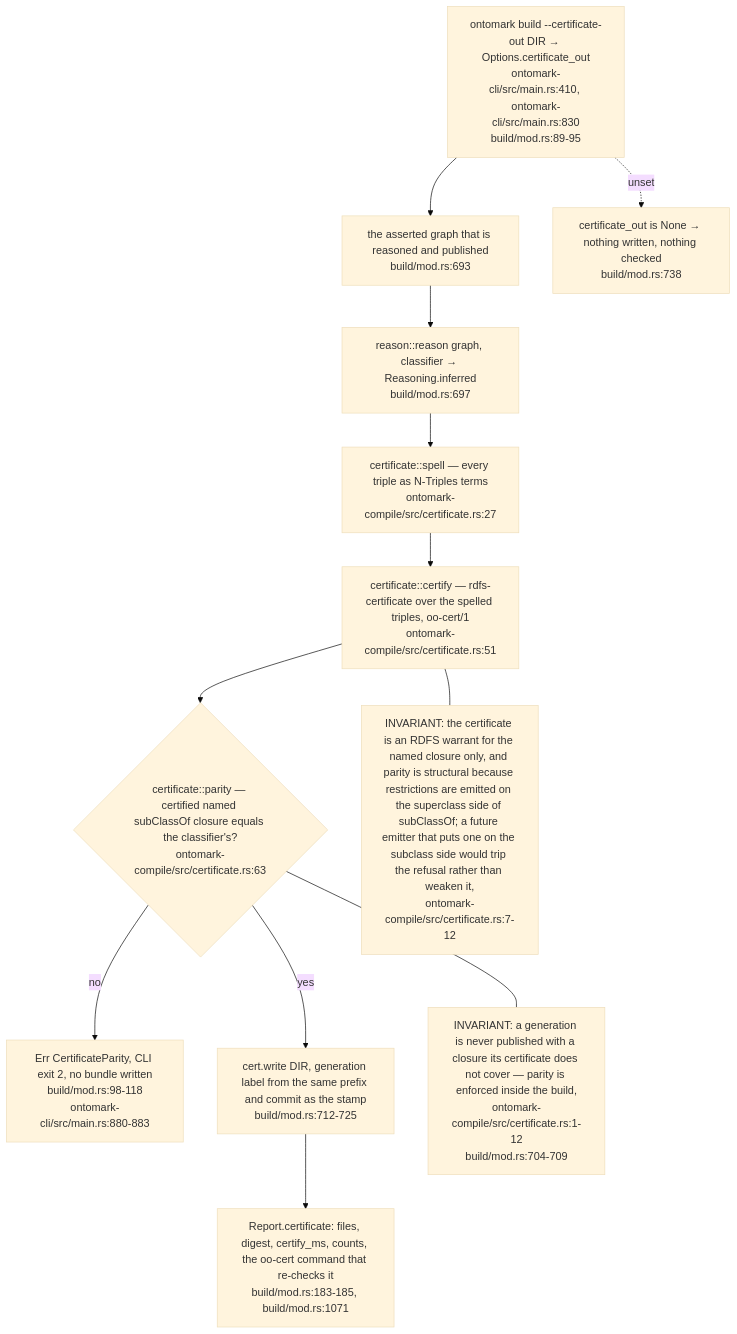
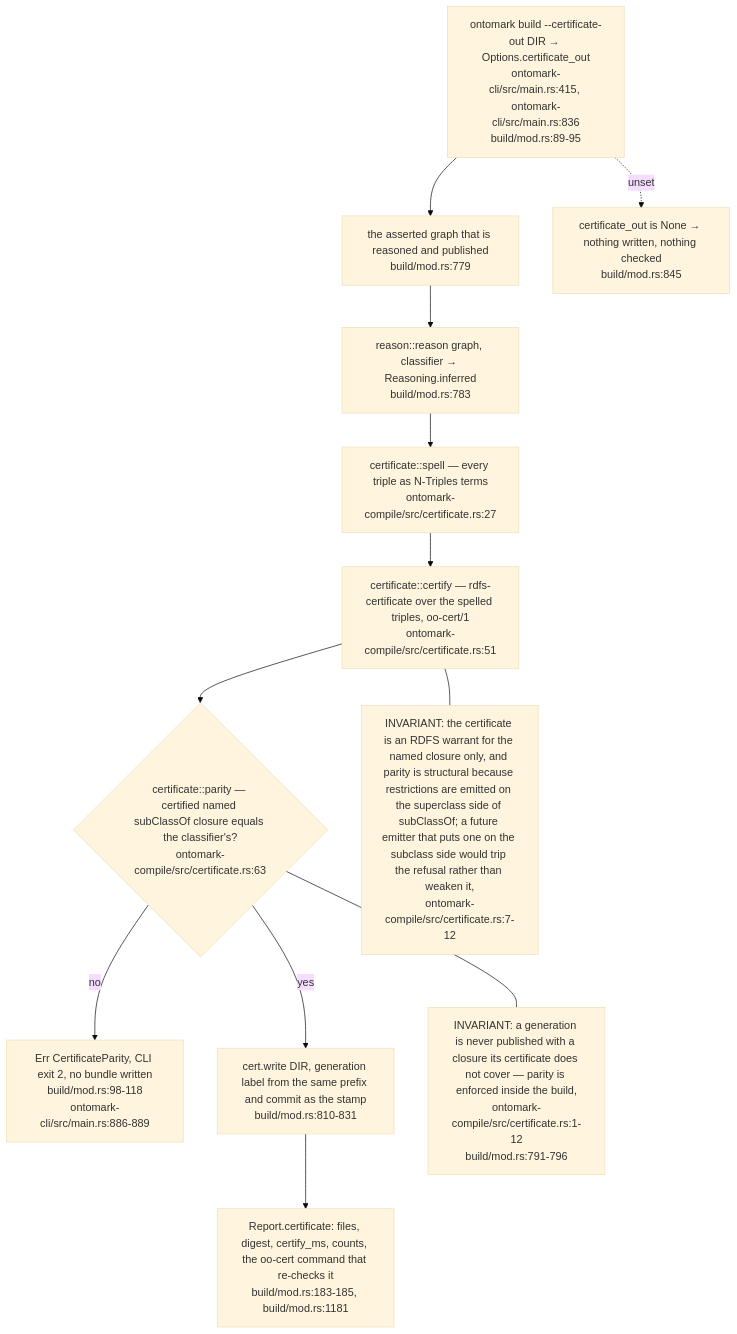
The eighth of 8 diagrams in docs/diagrams/ontomark/03-build-run-gates-staging-and-generation.md (DreamLab-AI/VisionFlow), drawn with Mermaid (base theme) before and after one commit. The commit also changed other lines of this file and 59 other files, not shown here.

First line of the commit message:
docs(diagrams): re-derive and re-stamp forum, website, pod, ontomark and sealmap topics

````diff
--- a/docs/diagrams/ontomark/03-build-run-gates-staging-and-generation.md
+++ b/docs/diagrams/ontomark/03-build-run-gates-staging-and-generation.md
@@ -315,21 +315,21 @@
 ```mermaid
 flowchart TD
-    FLAG["ontomark build --certificate-out DIR → Options.certificate_out<br/>ontomark-cli/src/main.rs:410, ontomark-cli/src/main.rs:830<br/>build/mod.rs:89-95"]
-    GRAPH["the asserted graph that is reasoned and published<br/>build/mod.rs:693"]
-    REASON["reason::reason graph, classifier → Reasoning.inferred<br/>build/mod.rs:697"]
+    FLAG["ontomark build --certificate-out DIR → Options.certificate_out<br/>ontomark-cli/src/main.rs:415, ontomark-cli/src/main.rs:836<br/>build/mod.rs:89-95"]
+    GRAPH["the asserted graph that is reasoned and published<br/>build/mod.rs:779"]
+    REASON["reason::reason graph, classifier → Reasoning.inferred<br/>build/mod.rs:783"]
     SPELL["certificate::spell — every triple as N-Triples terms<br/>ontomark-compile/src/certificate.rs:27"]
     CERT["certificate::certify — rdfs-certificate over the spelled triples, oo-cert/1<br/>ontomark-compile/src/certificate.rs:51"]
     PAR{"certificate::parity — certified named subClassOf closure equals the classifier's?<br/>ontomark-compile/src/certificate.rs:63"}
-    REFUSE["Err CertificateParity, CLI exit 2, no bundle written<br/>build/mod.rs:98-118<br/>ontomark-cli/src/main.rs:880-883"]
-    WRITE["cert.write DIR, generation label from the same prefix and commit as the stamp<br/>build/mod.rs:712-725"]
-    REP["Report.certificate: files, digest, certify_ms, counts, the oo-cert command that re-checks it<br/>build/mod.rs:183-185, build/mod.rs:1071"]
-    NONE["certificate_out is None → nothing written, nothing checked<br/>build/mod.rs:738"]
+    REFUSE["Err CertificateParity, CLI exit 2, no bundle written<br/>build/mod.rs:98-118<br/>ontomark-cli/src/main.rs:886-889"]
+    WRITE["cert.write DIR, generation label from the same prefix and commit as the stamp<br/>build/mod.rs:810-831"]
+    REP["Report.certificate: files, digest, certify_ms, counts, the oo-cert command that re-checks it<br/>build/mod.rs:183-185, build/mod.rs:1181"]
+    NONE["certificate_out is None → nothing written, nothing checked<br/>build/mod.rs:845"]
     FLAG --> GRAPH --> REASON --> SPELL --> CERT --> PAR
     PAR -- no --> REFUSE
     PAR -- yes --> WRITE --> REP
     FLAG -. unset .-> NONE
-    n1["INVARIANT: a generation is never published with a closure its certificate does not cover — parity is enforced inside the build,<br/>ontomark-compile/src/certificate.rs:1-12<br/>build/mod.rs:704-709"]
+    n1["INVARIANT: a generation is never published with a closure its certificate does not cover — parity is enforced inside the build,<br/>ontomark-compile/src/certificate.rs:1-12<br/>build/mod.rs:791-796"]
     n2["INVARIANT: the certificate is an RDFS warrant for the named closure only, and parity is structural because restrictions are emitted on the superclass side of subClassOf; a future emitter that puts one on the subclass side would trip the refusal rather than weaken it,<br/>ontomark-compile/src/certificate.rs:7-12"]
     PAR --- n1
     CERT --- n2
 ```
````
